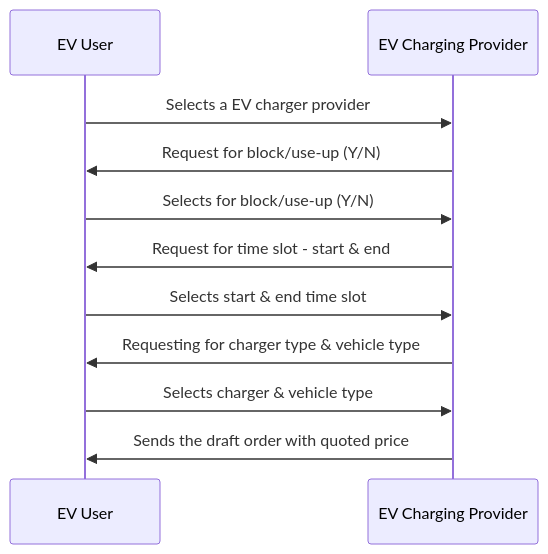
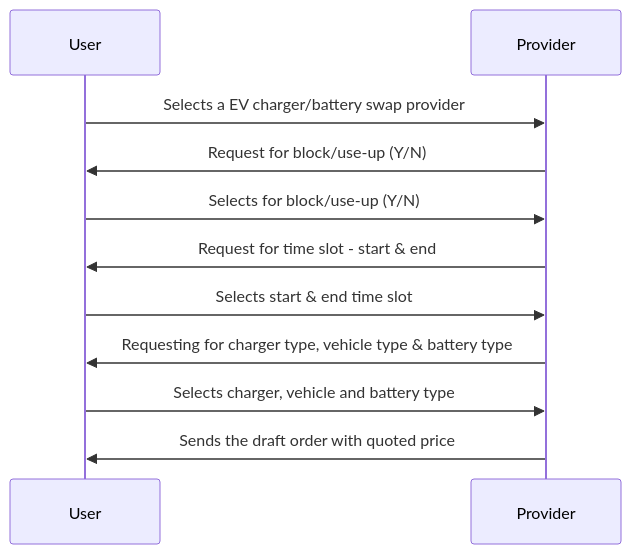
One commit to Sudheesh2609/DENT-Protocol changed the third of 8 diagrams in docs/implementation-guides/EV_Charging/EV_Charging_and_Battery-Swapping-Worlflow.md. Above: the diagram before and after it, drawn with Mermaid. The commit also changed other lines of this file, not shown here.

First line of the commit message:
Update EV_Charging_and_Battery-Swapping-Worlflow.md

````diff
--- a/docs/implementation-guides/EV_Charging/EV_Charging_and_Battery-Swapping-Worlflow.md
+++ b/docs/implementation-guides/EV_Charging/EV_Charging_and_Battery-Swapping-Worlflow.md
@@ -124,11 +123,11 @@
 ```mermaid
     sequenceDiagram
-    EV User->>EV Charging Provider: Selects a EV charger provider
-    EV Charging Provider->>EV User: Request for block/use-up (Y/N)
-    EV User->>EV Charging Provider: Selects for block/use-up (Y/N)
-    EV Charging Provider->>EV User: Request for time slot - start & end
-    EV User->>EV Charging Provider: Selects start & end time slot
-    EV Charging Provider->>EV User: Requesting for charger type & vehicle type
-		EV User->>EV Charging Provider: Selects charger & vehicle type
-    EV Charging Provider->>EV User: Sends the draft order with quoted price
+    User->>Provider: Selects a EV charger/battery swap provider
+    Provider->>User: Request for block/use-up (Y/N)
+    User->>Provider: Selects for block/use-up (Y/N)
+    Provider->>User: Request for time slot - start & end
+    User->>Provider: Selects start & end time slot
+    Provider->>User: Requesting for charger type, vehicle type & battery type
+    User->>Provider: Selects charger, vehicle and battery type
+    Provider->>User: Sends the draft order with quoted price
 ```
````
